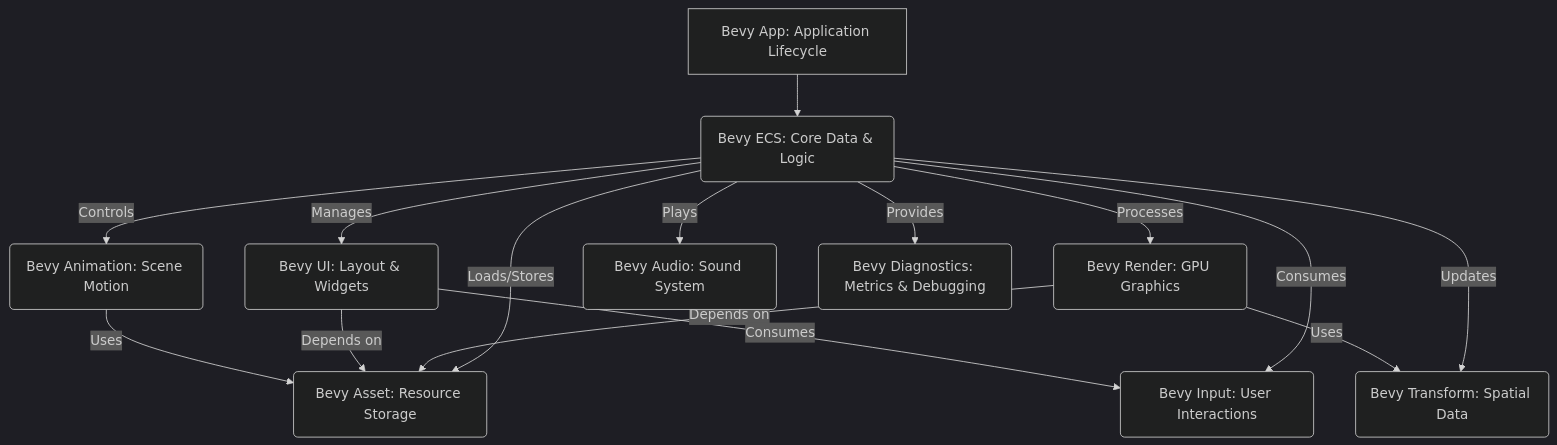
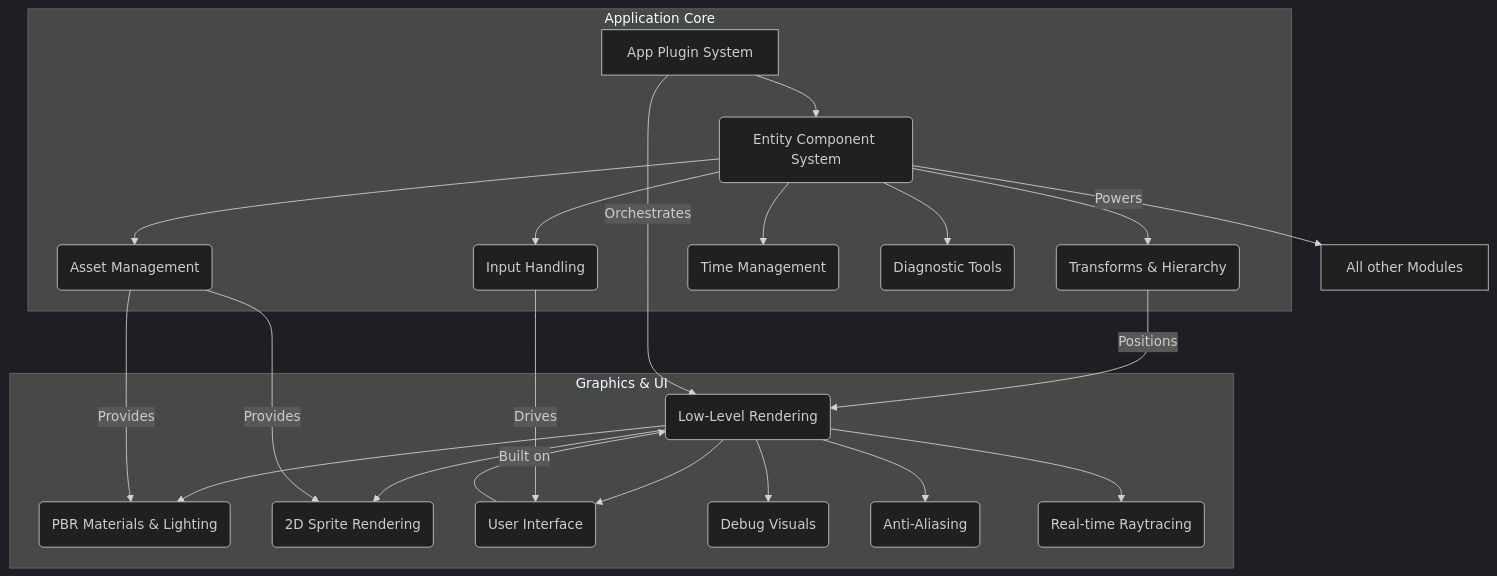
Before and after one commit to grewal16/bevy: the diagram in README.md, drawn with Mermaid (dark theme). The commit also changed other lines of this file, not shown here.

````diff
--- a/README.md
+++ b/README.md
@@ -43,19 +31,28 @@
 ```mermaid
 graph TD
-    App[Bevy App: Application Lifecycle] --> ECS(Bevy ECS: Core Data & Logic)
+    subgraph Application Core
+        App[App Plugin System] --> ECS(Entity Component System)
+        ECS --> Assets(Asset Management)
+        ECS --> Transform(Transforms & Hierarchy)
+        ECS --> Input(Input Handling)
+        ECS --> Time(Time Management)
+        ECS --> Diagnostics(Diagnostic Tools)
+    end
 
-    ECS -- Processes --> Render(Bevy Render: GPU Graphics)
-    ECS -- Manages --> UI(Bevy UI: Layout & Widgets)
-    ECS -- Consumes --> Input(Bevy Input: User Interactions)
-    ECS -- Loads/Stores --> Asset(Bevy Asset: Resource Storage)
-    ECS -- Controls --> Animation(Bevy Animation: Scene Motion)
-    ECS -- Plays --> Audio(Bevy Audio: Sound System)
-    ECS -- Updates --> Transform(Bevy Transform: Spatial Data)
-    ECS -- Provides --> Diagnostics(Bevy Diagnostics: Metrics & Debugging)
+    subgraph Graphics & UI
+        Render(Low-Level Rendering) --> PBR(PBR Materials & Lighting)
+        Render --> Sprite(2D Sprite Rendering)
+        Render --> UI(User Interface)
+        Render --> Gizmos(Debug Visuals)
+        Render --> AA(Anti-Aliasing)
+        Render --> RT(Real-time Raytracing)
+        Assets -- Provides --> PBR
+        Assets -- Provides --> Sprite
+        Input -- Drives --> UI
+        Transform -- Positions --> Render
+        UI -- Built on --> Render
+    end
 
-    Render -- Depends on --> Asset
-    Render -- Uses --> Transform
-    UI -- Depends on --> Asset
-    UI -- Consumes --> Input
-    Animation -- Uses --> Asset
+    App -- Orchestrates --> Render
+    ECS -- Powers --> All[All other Modules]
 ```
````
